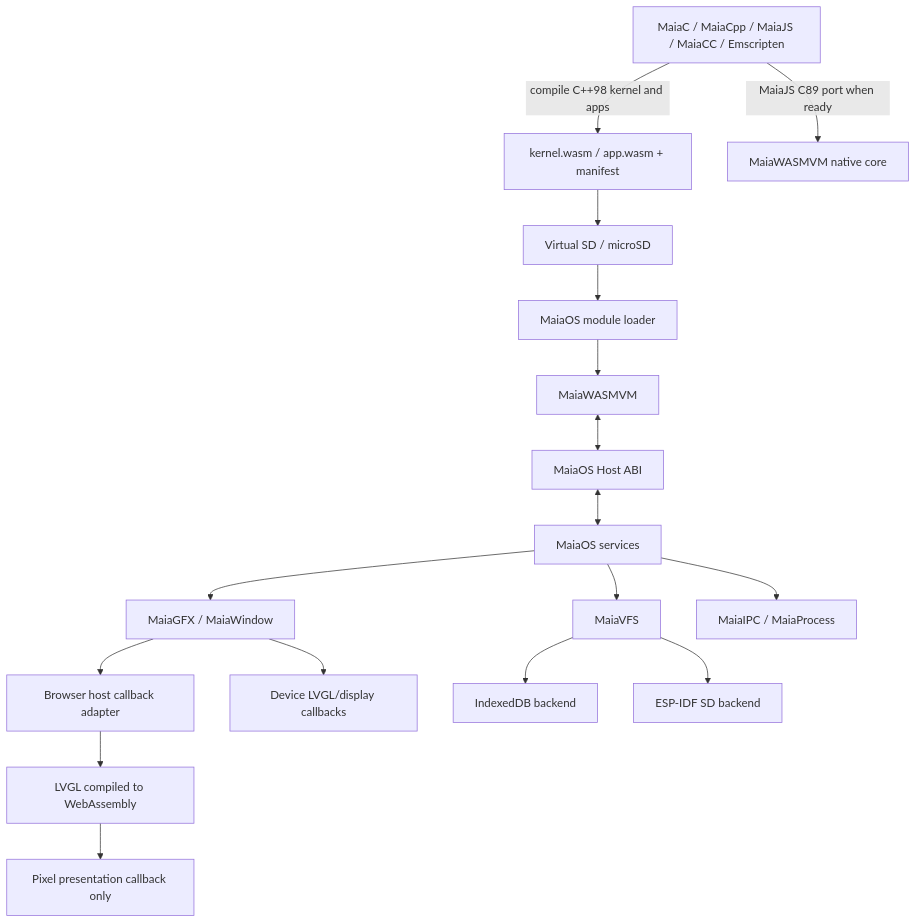
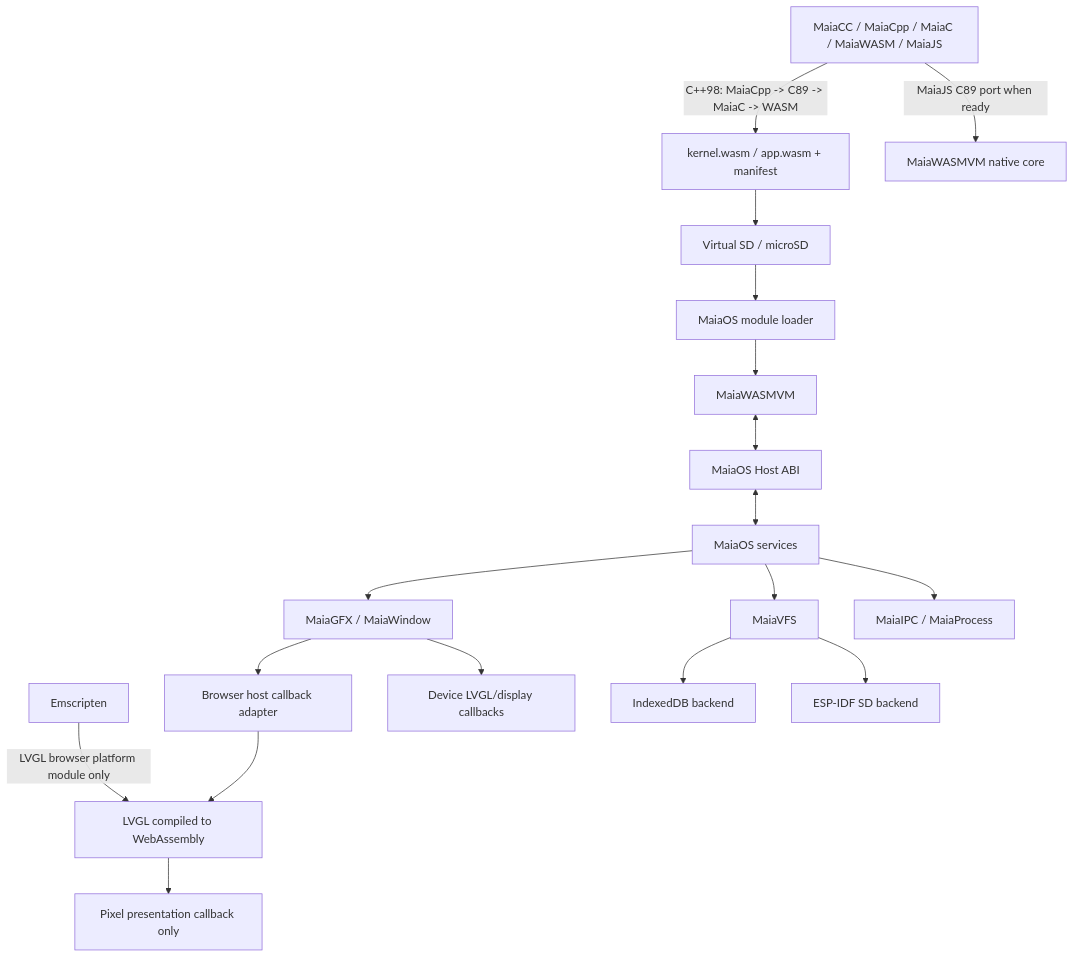
The first of 6 diagrams in docs/MAIAOS_ARCHITECTURE_VISION_2026.md (souzamonteiro/maiaos), drawn with Mermaid before and after one commit. The commit also changed other lines of this file and 16 other files, not shown here.

````diff
--- a/docs/MAIAOS_ARCHITECTURE_VISION_2026.md
+++ b/docs/MAIAOS_ARCHITECTURE_VISION_2026.md
@@ -39,19 +39,20 @@
 ```mermaid
 flowchart TB
-    TOOL[MaiaC / MaiaCpp / MaiaJS / MaiaCC / Emscripten] -->|compile C++98 kernel and apps| WASM[kernel.wasm / app.wasm + manifest]
+    TOOL[MaiaCC / MaiaCpp / MaiaC / MaiaWASM / MaiaJS] -->|C++98: MaiaCpp -> C89 -> MaiaC -> WASM| WASM[kernel.wasm / app.wasm + manifest]
+    Emscripten -->|LVGL browser platform module only| LVGLWASM[LVGL-WASM]
     TOOL -->|MaiaJS C89 port when ready| NATIVE[MaiaWASMVM native core]
     WASM --> STORE[Virtual SD / microSD]
     STORE --> LOADER[MaiaOS module loader]
     LOADER --> VM[MaiaWASMVM]
     VM <--> ABI[MaiaOS Host ABI]
     ABI <--> SVC[MaiaOS services]
     SVC --> GFX[MaiaGFX / MaiaWindow]
     SVC --> VFS[MaiaVFS]
     SVC --> IPC[MaiaIPC / MaiaProcess]
     GFX --> WEB[Browser host callback adapter]
     WEB --> LVGLWASM[LVGL compiled to WebAssembly]
     LVGLWASM --> CANVAS[Pixel presentation callback only]
     GFX --> LVGL[Device LVGL/display callbacks]
     VFS --> IDB[IndexedDB backend]
     VFS --> SD[ESP-IDF SD backend]
 ```
````
